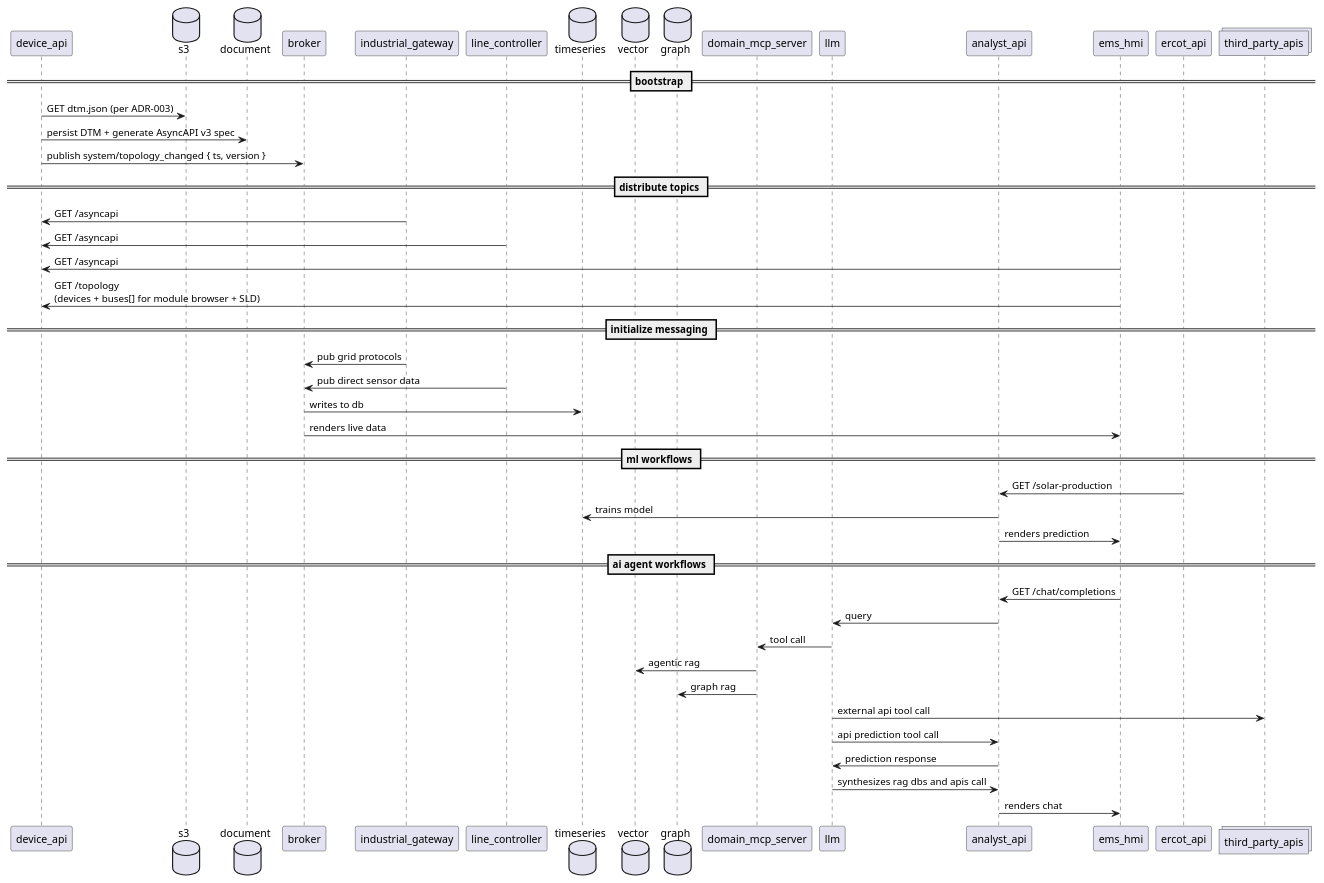
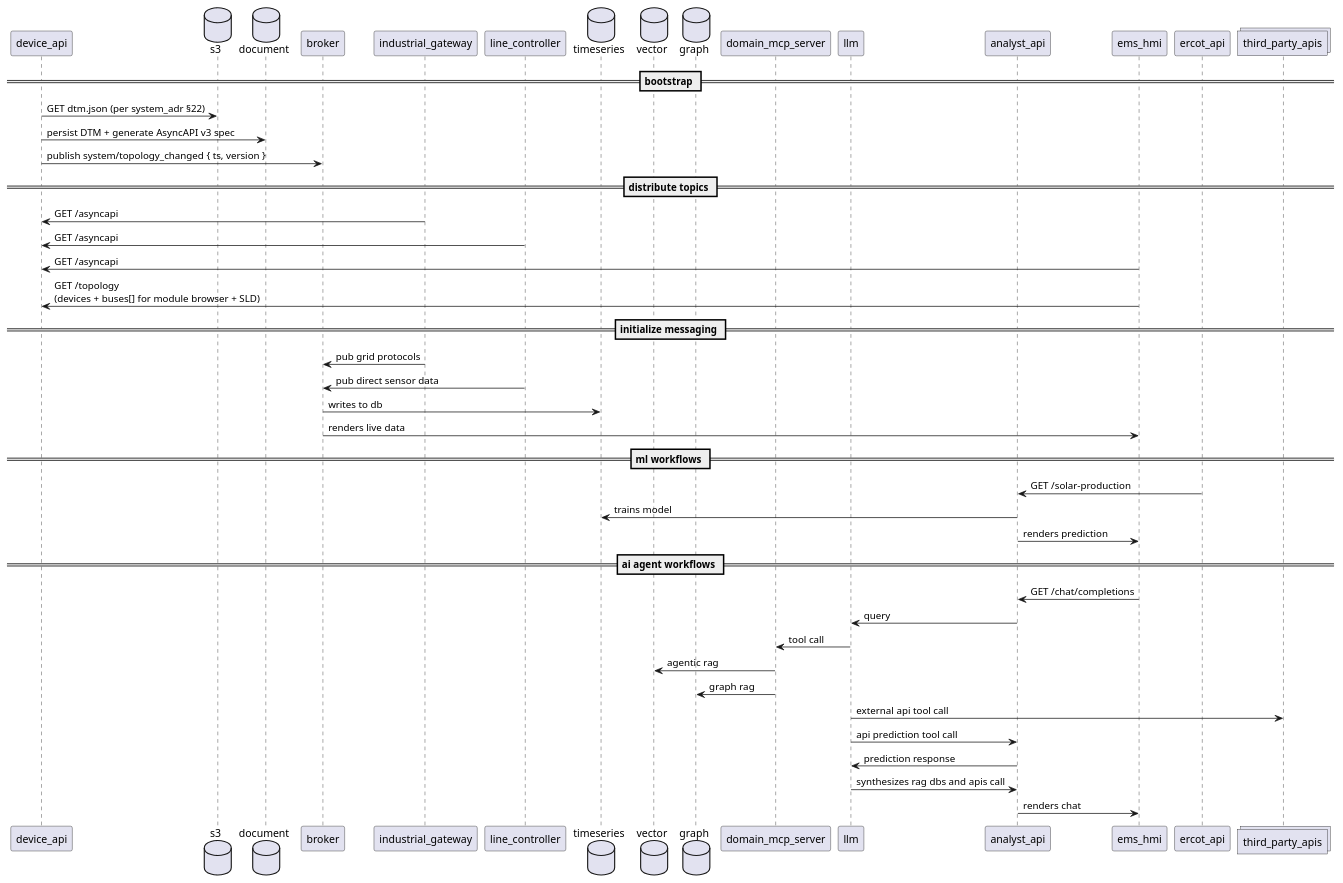
Before and after one commit to arcnode-io/ems: the second of 5 diagrams in readme.md, drawn with PlantUML. The commit also changed other lines of this file and 11 other files, not shown here.

````diff
--- a/readme.md
+++ b/readme.md
@@ -69,46 +68,46 @@
 ```plantuml
 participant device_api
 database s3
 database document
 participant broker
 participant industrial_gateway
 participant line_controller
 database timeseries
 database vector
 database graph
 participant domain_mcp_server
 participant llm
 participant analyst_api
 participant ems_hmi
 participant ercot_api
 collections third_party_apis
 == bootstrap ==
-device_api -> s3: GET dtm.json (per ADR-003)
+device_api -> s3: GET dtm.json (per system_adr §22)
 device_api -> document: persist DTM + generate AsyncAPI v3 spec
 device_api -> broker: publish system/topology_changed { ts, version }
 == distribute topics ==
 industrial_gateway -> device_api: GET /asyncapi
 line_controller -> device_api: GET /asyncapi
 ems_hmi -> device_api: GET /asyncapi
 ems_hmi -> device_api: GET /topology\n(devices + buses[] for module browser + SLD)
 ==  initialize messaging ==
 industrial_gateway -> broker: pub grid protocols
 line_controller -> broker: pub direct sensor data
 broker -> timeseries: writes to db
 broker -> ems_hmi: renders live data
 == ml workflows ==
 ercot_api -> analyst_api: GET /solar-production
 timeseries <- analyst_api: trains model
 analyst_api -> ems_hmi: renders prediction
 == ai agent workflows ==
 ems_hmi -> analyst_api: GET /chat/completions  
 analyst_api -> llm: query
 llm -> domain_mcp_server: tool call
 domain_mcp_server -> vector: agentic rag
 domain_mcp_server -> graph: graph rag
 llm -> third_party_apis: external api tool call
 llm -> analyst_api: api prediction tool call
 analyst_api -> llm: prediction response
 llm -> analyst_api: synthesizes rag dbs and apis call
 analyst_api -> ems_hmi: renders chat
 ```
````
